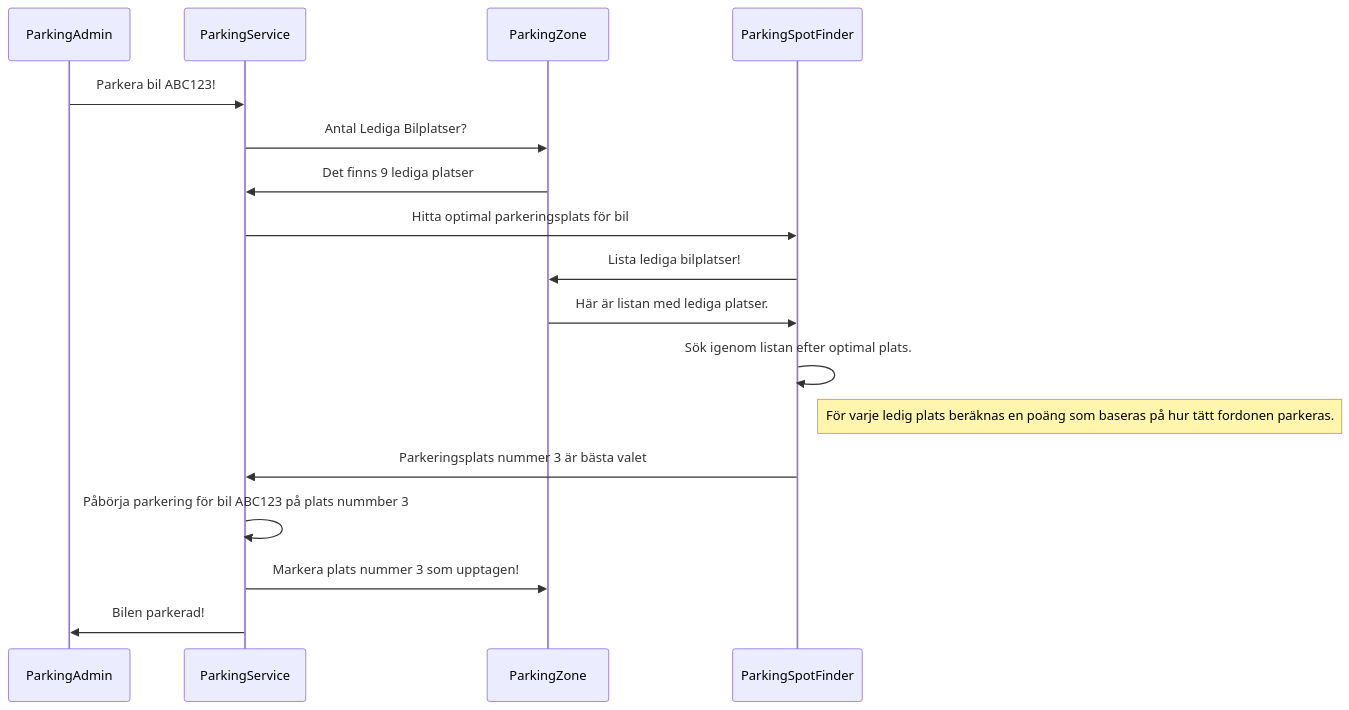
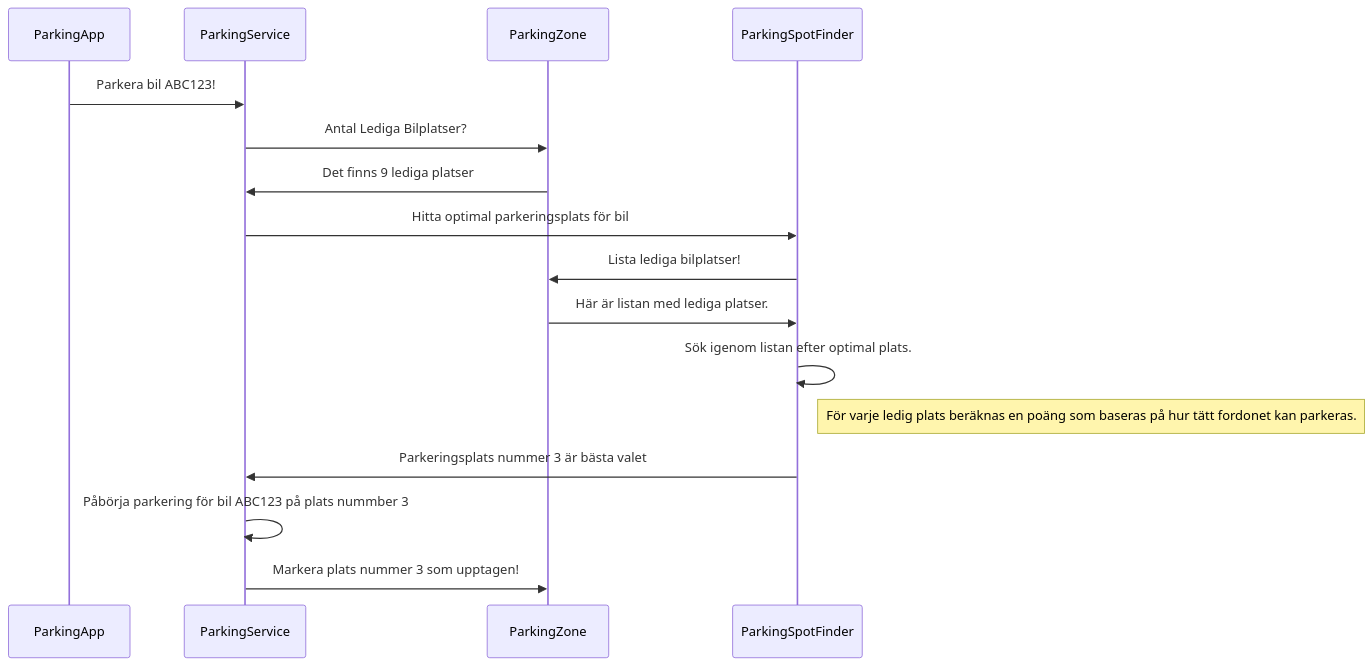
The first of 2 diagrams in ParkLot/README.md (anders-kj/ParkingLot), drawn with Mermaid before and after one commit. The commit also changed 6 other files, not shown here.

````diff
--- a/ParkLot/README.md
+++ b/ParkLot/README.md
@@ -2,18 +2,17 @@
 ```mermaid
 sequenceDiagram
-	ParkingAdmin->>ParkingService: Parkera bil ABC123!
+	ParkingApp->>ParkingService: Parkera bil ABC123!
     ParkingService->>ParkingZone: Antal Lediga Bilplatser?
 	ParkingZone->>ParkingService: Det finns 9 lediga platser
 	ParkingService->>ParkingSpotFinder: Hitta optimal parkeringsplats för bil
 	ParkingSpotFinder->>ParkingZone:Lista lediga bilplatser!
 	ParkingZone->>ParkingSpotFinder:Här är listan med lediga platser.
 	ParkingSpotFinder->>ParkingSpotFinder:Sök igenom listan efter optimal plats. 
-	Note right of ParkingSpotFinder: För varje ledig plats beräknas en poäng som baseras på hur tätt fordonen parkeras. 
+	Note right of ParkingSpotFinder: För varje ledig plats beräknas en poäng som baseras på hur tätt fordonet kan parkeras.
 	ParkingSpotFinder->>ParkingService: Parkeringsplats nummer 3 är bästa valet
 	ParkingService->>ParkingService:Påbörja parkering för bil ABC123 på plats nummber 3
 	ParkingService->>ParkingZone:Markera plats nummer 3 som upptagen!
-	ParkingService->>ParkingAdmin: Bilen parkerad!
 
 
 
 ```
````
